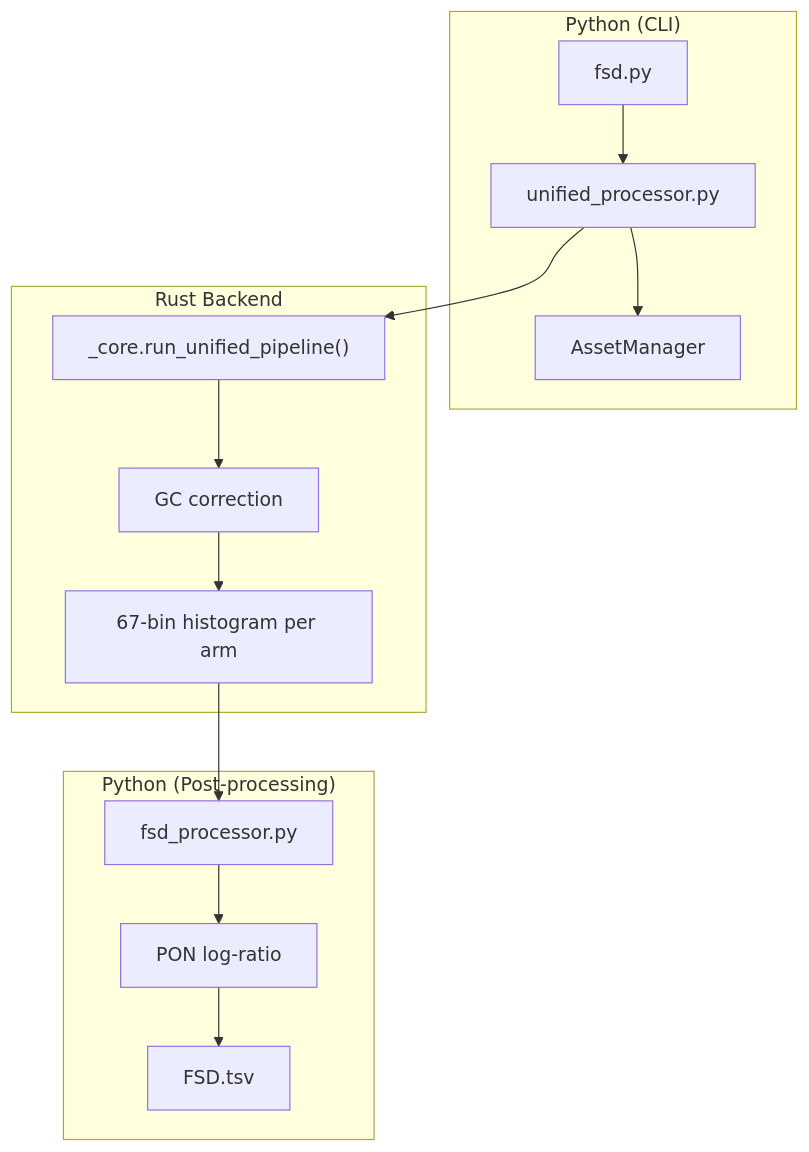
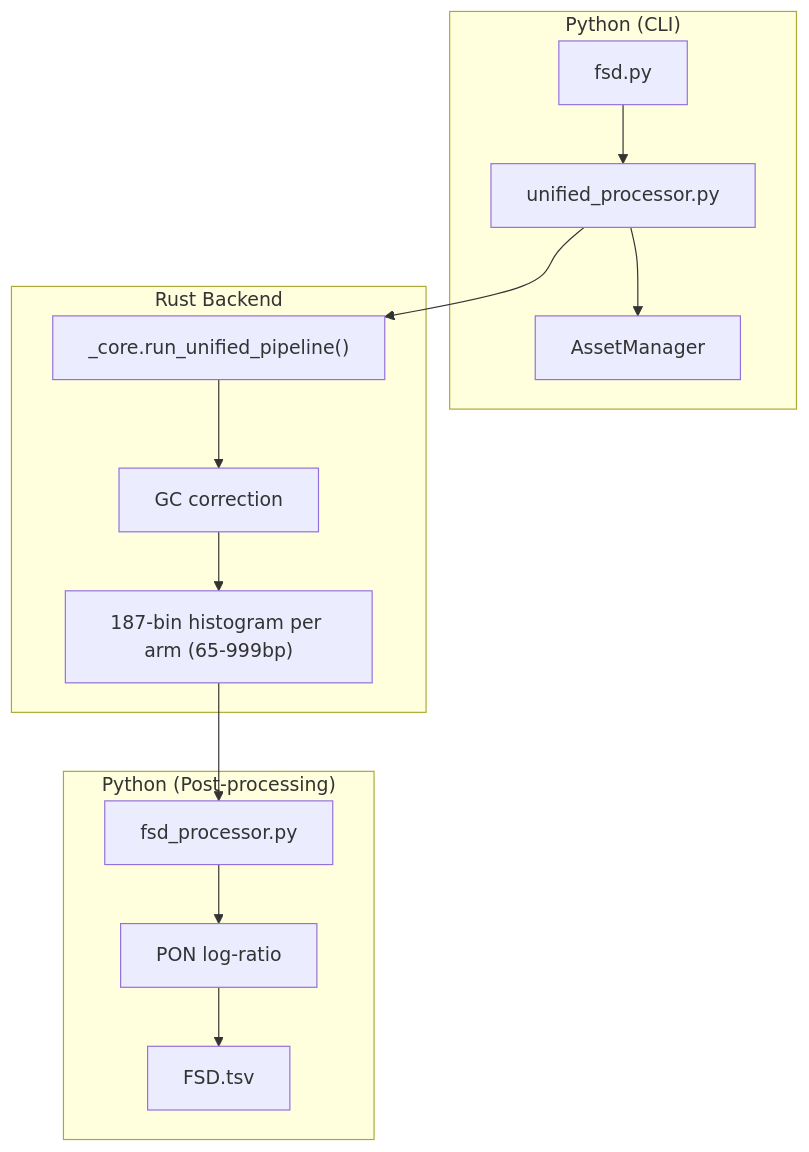
The second of 2 diagrams in docs/features/fsd.md (msk-access/krewlyzer), drawn with Mermaid before and after one commit. The commit also changed other lines of this file and 16 other files, not shown here.

````diff
--- a/docs/features/fsd.md
+++ b/docs/features/fsd.md
@@ -39,19 +39,19 @@
 ```mermaid
 flowchart TB
     subgraph "Python (CLI)"
         CLI["fsd.py"] --> UP["unified_processor.py"]
         UP --> ASSETS["AssetManager"]
     end
     
     subgraph "Rust Backend"
         UP --> RUST["_core.run_unified_pipeline()"]
         RUST --> GC["GC correction"]
-        GC --> HIST["67-bin histogram per arm"]
+        GC --> HIST["187-bin histogram per arm (65-999bp)"]
     end
     
     subgraph "Python (Post-processing)"
         HIST --> PROC["fsd_processor.py"]
         PROC --> PON["PON log-ratio"]
         PON --> OUT["FSD.tsv"]
     end
 ```
````
